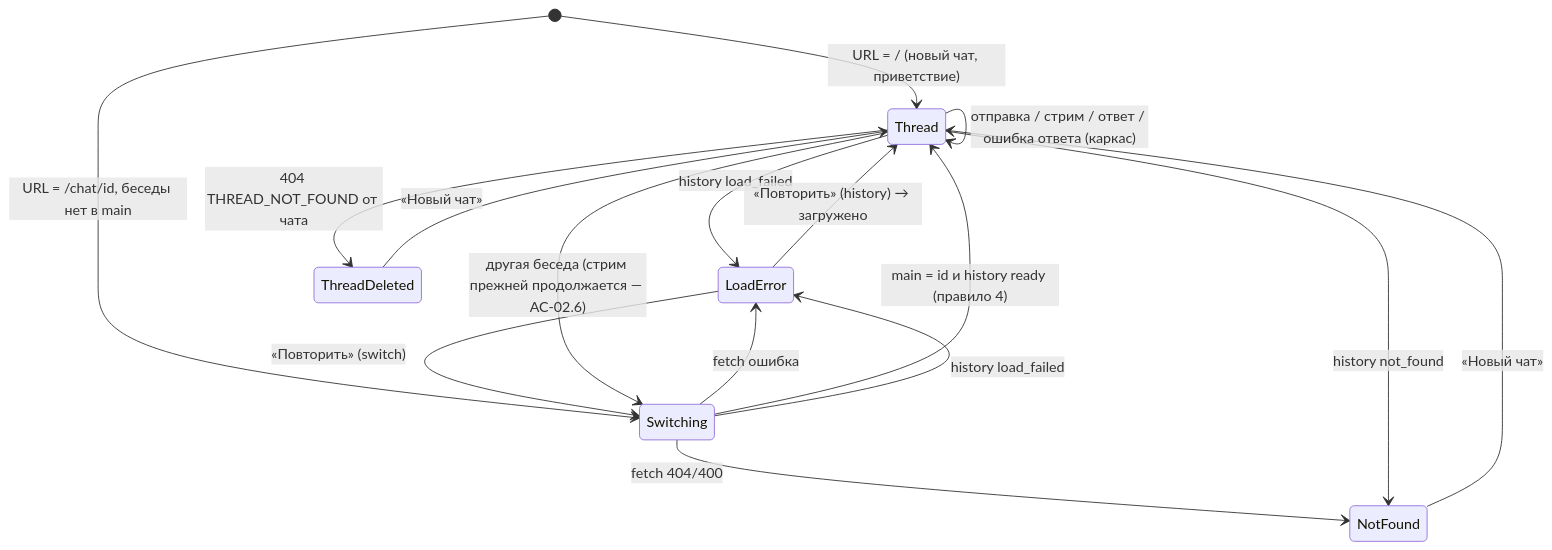
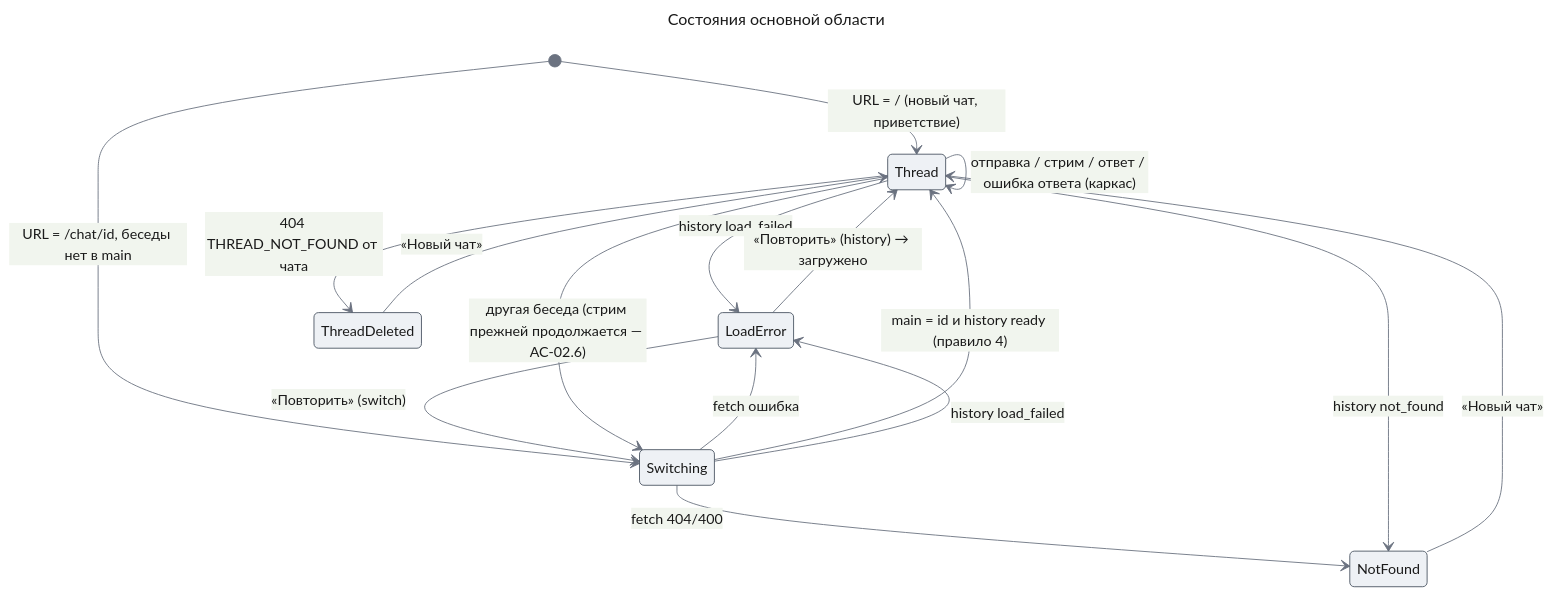
Before and after one commit to tundraray/agent-os: diagram 11 of 11 in docs/features/chat-shell/design-web-shell.md, drawn with Mermaid. The commit also changed other lines of this file and 10 other files, not shown here.

````diff
--- a/docs/features/chat-shell/design-web-shell.md
+++ b/docs/features/chat-shell/design-web-shell.md
@@ -1904,18 +1623,29 @@
 ```mermaid
+---
+title: "Состояния основной области"
+config:
+  theme: base
+  look: classic
+  themeVariables:
+    primaryColor: "#eef1f5"
+    primaryBorderColor: "#4b5563"
+    primaryTextColor: "#1a1a1a"
+    lineColor: "#6b7280"
+---
 stateDiagram-v2
     [*] --> Thread: URL = / (новый чат, приветствие)
     [*] --> Switching: URL = /chat/id, беседы нет в main
     Switching --> NotFound: fetch 404/400
     Switching --> LoadError: fetch ошибка
     LoadError --> Switching: «Повторить» (switch)
     Switching --> Thread: main = id и history ready (правило 4)
     Switching --> LoadError: history load_failed
     Thread --> NotFound: history not_found
     Thread --> LoadError: history load_failed
     LoadError --> Thread: «Повторить» (history) → загружено
     Thread --> Thread: отправка / стрим / ответ / ошибка ответа (каркас)
     Thread --> ThreadDeleted: 404 THREAD_NOT_FOUND от чата
     Thread --> Switching: другая беседа (стрим прежней продолжается — AC-02.6)
     NotFound --> Thread: «Новый чат»
     ThreadDeleted --> Thread: «Новый чат»
 ```
````
